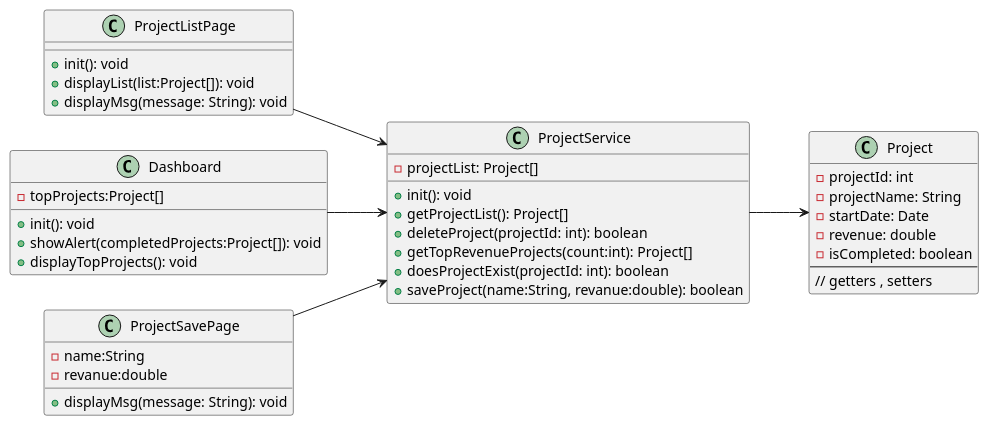
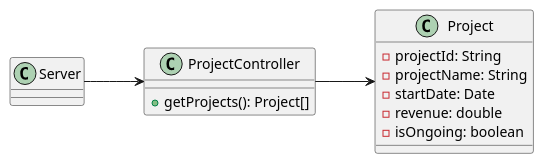
One commit to haturusinghe/project-dashboard-angular changed the fourth of 4 diagrams in diagrams/updated-diagrams.md. Above: the diagram before and after it, drawn with PlantUML. The commit also changed other lines of this file and 4 other files, not shown here.

````diff
--- a/diagrams/updated-diagrams.md
+++ b/diagrams/updated-diagrams.md
@@ -155,60 +184,28 @@
 ```plantuml
 @startuml
 left to right direction
 
-
-class ProjectService{
-    
-    +init(): void
-    -projectList: Project[]
-    +getProjectList(): Project[]
-    +deleteProject(projectId: int): boolean
-    +getTopRevenueProjects(count:int): Project[]
-    +doesProjectExist(projectId: int): boolean
-    +saveProject(name:String, revanue:double): boolean
-    
+class ProjectController{
+    +getProjects(): Project[]
 }
 
 class Project{
-    -projectId: int
+    -projectId: String
     -projectName: String
     -startDate: Date
     -revenue: double
-    -isCompleted: boolean
-    --
-    // getters , setters
+    -isOngoing: boolean
 }
 
-class ProjectListPage{
-    +init(): void
-    +displayList(list:Project[]): void
-    +displayMsg(message: String): void
+class Server{
+
 }
 
-
-class Dashboard{
-    -topProjects:Project[]
-    +init(): void
-    +showAlert(completedProjects:Project[]): void
-    +displayTopProjects(): void
-}
-
-class ProjectSavePage{
-    -name:String
-    -revanue:double
-    +displayMsg(message: String): void
-}
-
-
-
-ProjectSavePage --> ProjectService
-ProjectListPage --> ProjectService
-Dashboard --> ProjectService
-ProjectService --> Project
-
+Server --> ProjectController
+ProjectController --> Project
 
 
 @enduml
 
 
 ```
````
